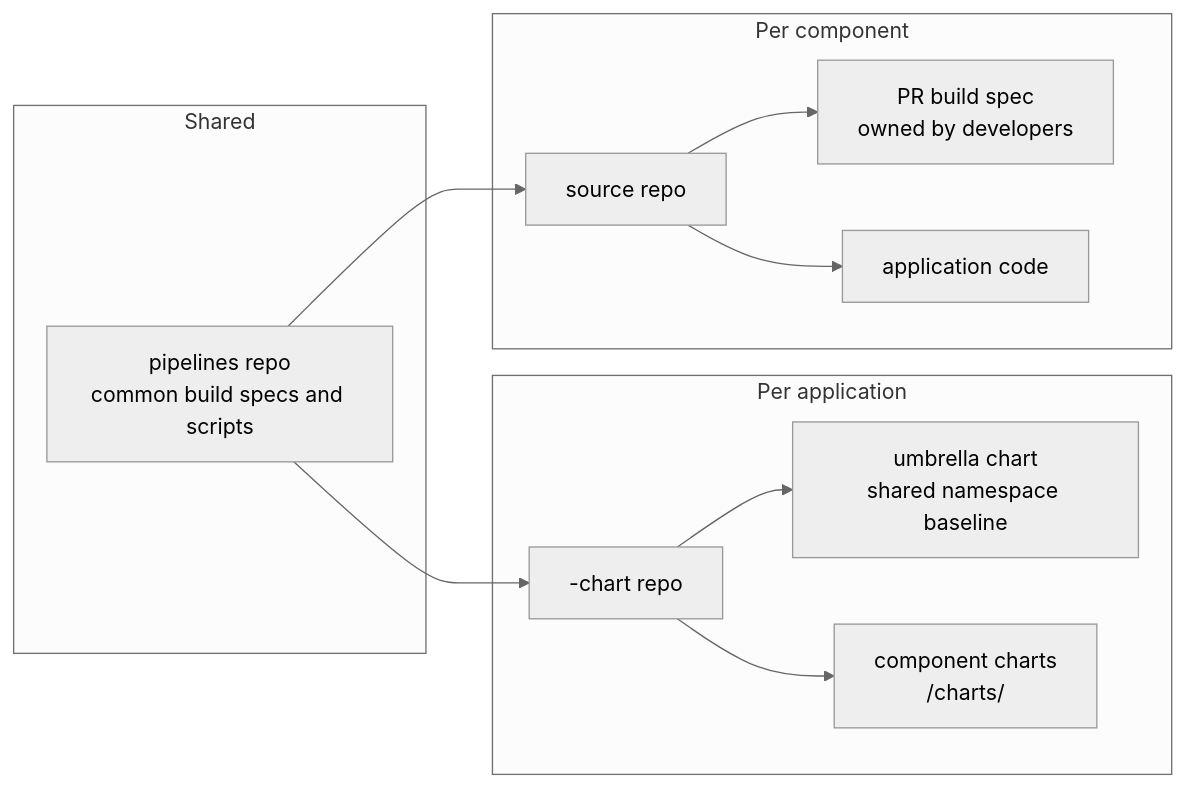
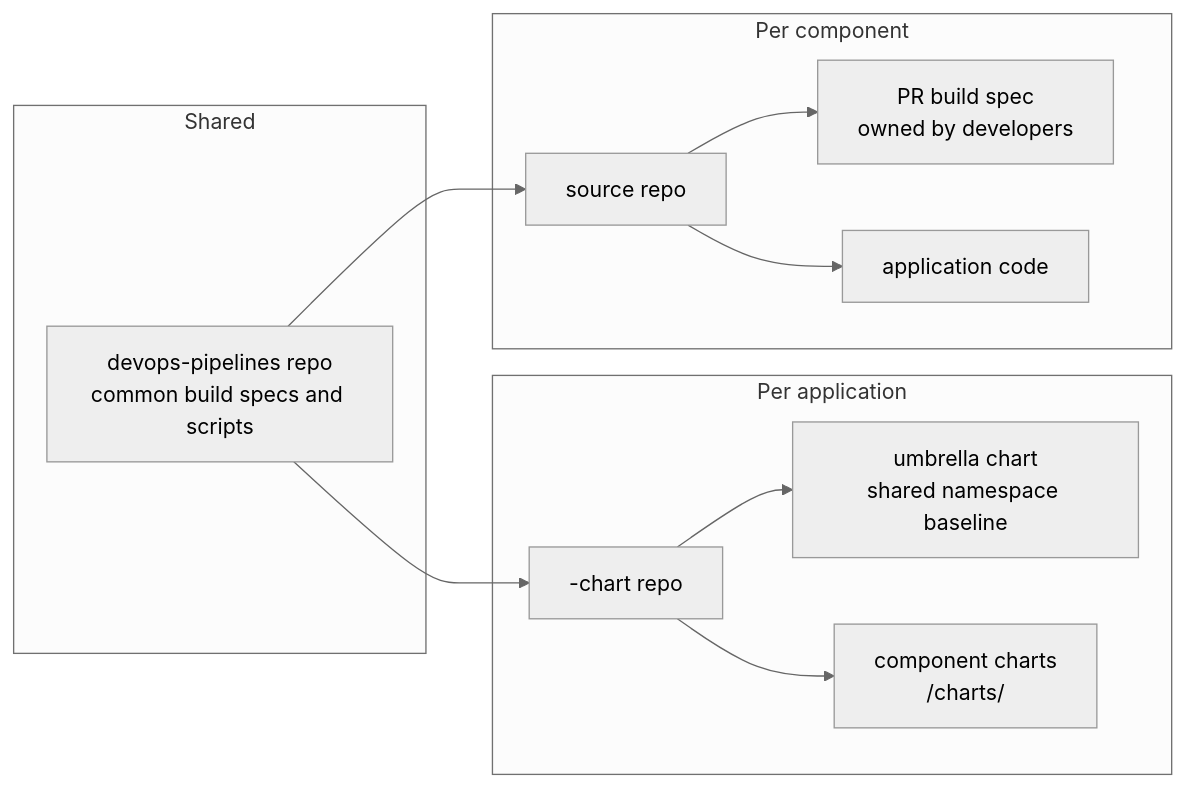
The second of 2 diagrams in oci-and-db/cloud-native/devops-and-containers/devops/oci-devops-rm/files/docs/architecture.md (oracle-devrel/technology-engineering), drawn with Mermaid (neutral theme) before and after one commit. The commit also changed other lines of this file and 190 other files, not shown here.

````diff
--- a/oci-and-db/cloud-native/devops-and-containers/devops/oci-devops-rm/files/docs/architecture.md
+++ b/oci-and-db/cloud-native/devops-and-containers/devops/oci-devops-rm/files/docs/architecture.md
@@ -97,25 +99,25 @@
 ```mermaid
 flowchart LR
   subgraph Shared["Shared"]
-    P["pipelines repo\ncommon build specs and scripts"]
+    P["devops-pipelines repo\ncommon build specs and scripts"]
   end
 
   subgraph Application["Per application"]
     A["<application>-chart repo"]
     U["umbrella chart\nshared namespace baseline"]
     C["component charts\n<application>/charts/<component>"]
     A --> U
     A --> C
   end
 
   subgraph Component["Per component"]
     S["<component> source repo"]
     PR["PR build spec\nowned by developers"]
     App["application code"]
     S --> PR
     S --> App
   end
 
   P --> A
   P --> S
 ```
````
